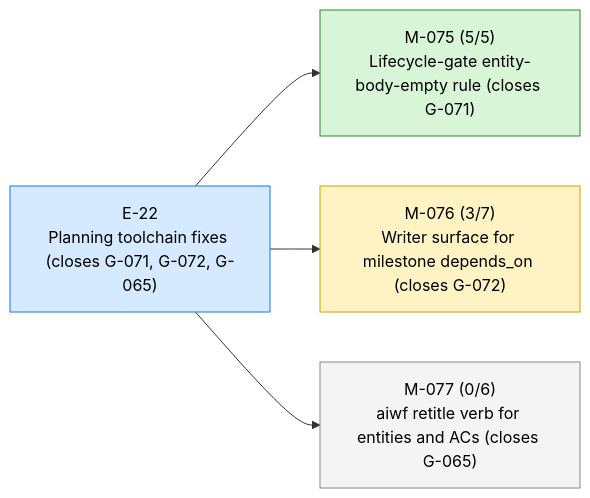
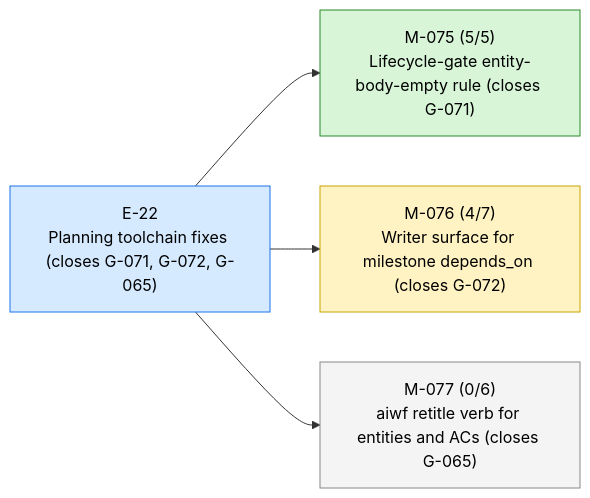
The first of 3 diagrams in STATUS.md (23min/aiwf), drawn with Mermaid before and after one commit. The commit also changed other lines of this file and 1 other file, not shown here.

````diff
--- a/STATUS.md
+++ b/STATUS.md
@@ -13,16 +13,16 @@
 ```mermaid
 flowchart LR
   E_22["E-22<br/>Planning toolchain fixes (closes G-071, G-072, G-065)"]:::epic_active
   M_075["M-075 (5/5)<br/>Lifecycle-gate entity-body-empty rule (closes G-071)"]:::ms_done
   E_22 --> M_075
-  M_076["M-076 (3/7)<br/>Writer surface for milestone depends_on (closes G-072)"]:::ms_in_progress
+  M_076["M-076 (4/7)<br/>Writer surface for milestone depends_on (closes G-072)"]:::ms_in_progress
   E_22 --> M_076
   M_077["M-077 (0/6)<br/>aiwf retitle verb for entities and ACs (closes G-065)"]:::ms_draft
   E_22 --> M_077
   classDef epic_active fill:#d6eaff,stroke:#1a73e8,color:#000
   classDef epic_proposed fill:#f4f4f4,stroke:#888,color:#000
   classDef ms_done fill:#d8f5d8,stroke:#2a8a2a,color:#000
   classDef ms_in_progress fill:#fff3c4,stroke:#caa400,color:#000
   classDef ms_draft fill:#f4f4f4,stroke:#888,color:#000
   classDef ms_cancelled fill:#fbeaea,stroke:#c33,color:#000
 ```
````
